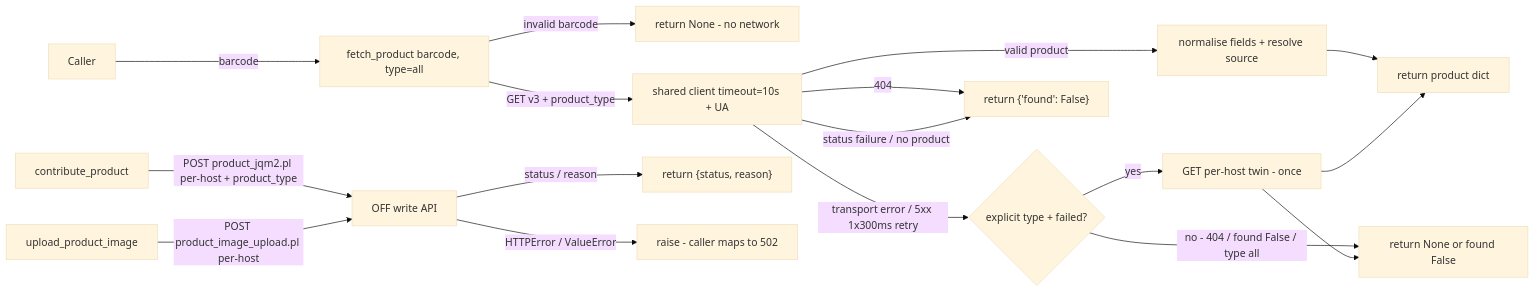
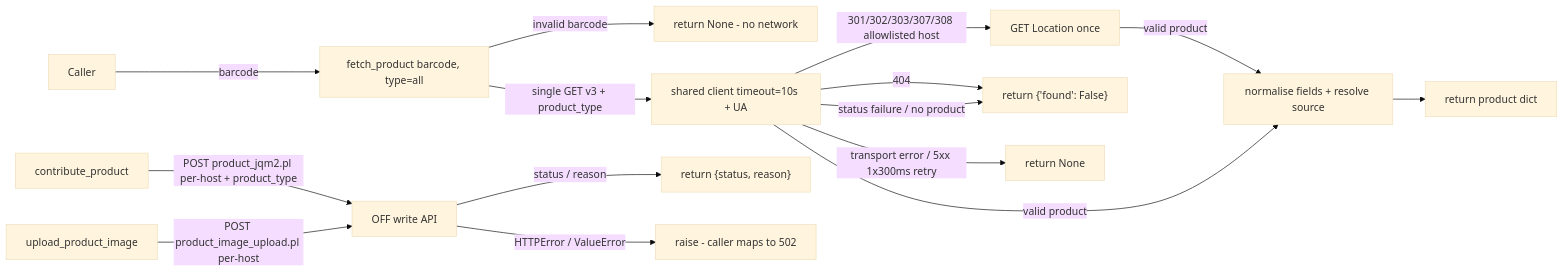
The second of 2 diagrams in wiki/modules/backend-service-off.md (lorecanc/dispensapp), drawn with Mermaid (base theme) before and after one commit. The commit also changed other lines of this file and 33 other files, not shown here.

````diff
--- a/wiki/modules/backend-service-off.md
+++ b/wiki/modules/backend-service-off.md
@@ -134,19 +135,17 @@
 ```mermaid
 graph LR
     Caller -->|barcode| Fetch["fetch_product barcode, type=all"]
     Fetch -->|invalid barcode| RetNone["return None - no network"]
-    Fetch -->|GET v3 + product_type| Httpx["shared client timeout=10s + UA"]
-    Httpx -->|transport error / 5xx 1x300ms retry| Fallback{"explicit type + failed?"}
+    Fetch -->|single GET v3 + product_type| Httpx["shared client timeout=10s + UA"]
+    Httpx -->|301/302/303/307/308 allowlisted host| Follow["GET Location once"]
     Httpx -->|404| NotFound["return {'found': False}"]
     Httpx -->|"status failure / no product"| NotFound
-    Httpx -->|valid product| Normalize["normalise fields + resolve source"]
+    Httpx -->|transport error / 5xx 1x300ms retry| RetNone2["return None"]
+    Follow -->|valid product| Normalize["normalise fields + resolve source"]
+    Httpx -->|valid product| Normalize
     Normalize --> Success["return product dict"]
-    Fallback -->|yes| PerHost["GET per-host twin - once"]
-    Fallback -->|no - 404 / found False / type all| RetNone2["return None or found False"]
-    PerHost --> Success
-    PerHost --> RetNone2
     Contrib["contribute_product"] -->|POST product_jqm2.pl per-host + product_type| OffW["OFF write API"]
     Upload["upload_product_image"] -->|POST product_image_upload.pl per-host| OffW
     OffW -->|status / reason| WriteRes["return {status, reason}"]
     OffW -->|HTTPError / ValueError| Raise["raise - caller maps to 502"]
 ```
````
